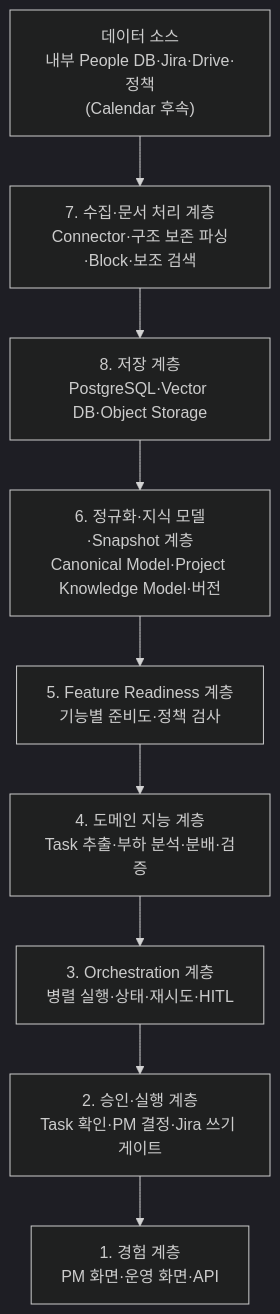
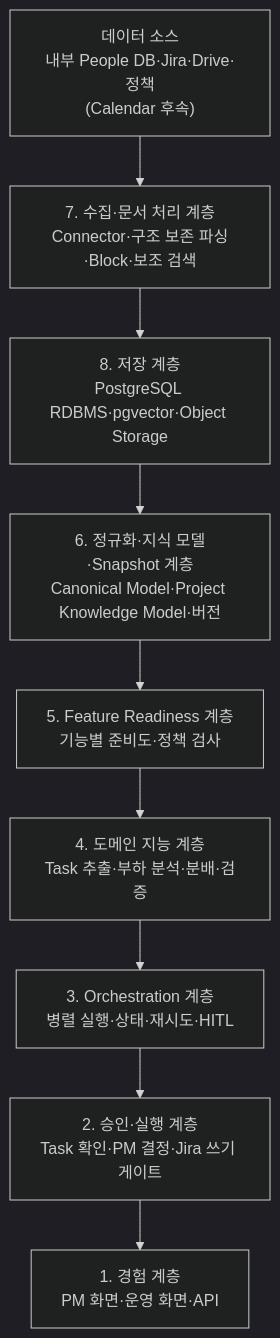
Before and after one commit to SKNETWORKS-FAMILY-AICAMP/SKN29-FINAL-2TEAM: the seventh of 7 diagrams in docs/1_기획/기획서_v5_AI프로젝트운영코파일럿.md, drawn with Mermaid (dark theme). The commit also changed other lines of this file and 11 other files, not shown here.

```diff
--- a/docs/1_기획/기획서_v5_AI프로젝트운영코파일럿.md
+++ b/docs/1_기획/기획서_v5_AI프로젝트운영코파일럿.md
@@ -811,14 +817,14 @@
 ~~~mermaid
 flowchart TB
     A["1. 경험 계층<br/>PM 화면·운영 화면·API"]
     B["2. 승인·실행 계층<br/>Task 확인·PM 결정·Jira 쓰기 게이트"]
     C["3. Orchestration 계층<br/>병렬 실행·상태·재시도·HITL"]
     D["4. 도메인 지능 계층<br/>Task 추출·부하 분석·분배·검증"]
     E["5. Feature Readiness 계층<br/>기능별 준비도·정책 검사"]
     F["6. 정규화·지식 모델·Snapshot 계층<br/>Canonical Model·Project Knowledge Model·버전"]
     G["7. 수집·문서 처리 계층<br/>Connector·구조 보존 파싱·Block·보조 검색"]
-    H["8. 저장 계층<br/>PostgreSQL·Vector DB·Object Storage"]
+    H["8. 저장 계층<br/>PostgreSQL RDBMS·pgvector·Object Storage"]
     I["데이터 소스<br/>내부 People DB·Jira·Drive·정책<br/>(Calendar 후속)"]
     I --> G --> H
     H --> F --> E --> D --> C --> B --> A
 ~~~
```
